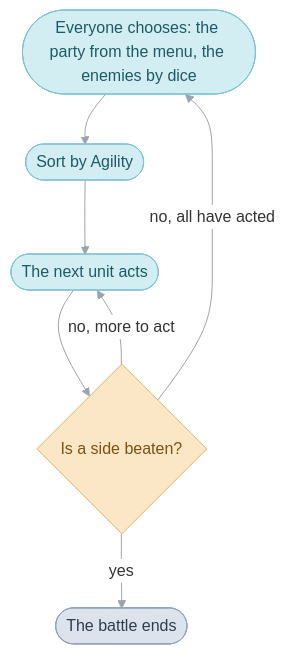
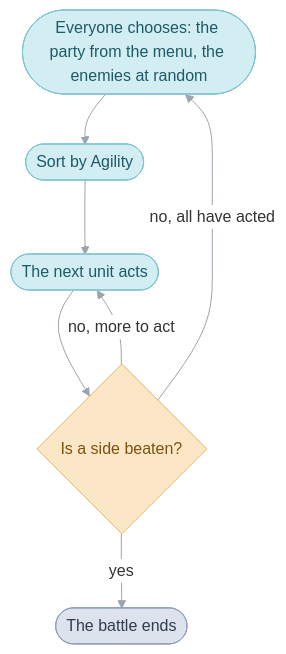
The diagram in games/tbs/battle.md (PascalPixel/alchemy), drawn with Mermaid before and after one commit. The commit also changed other lines of this file and 10 other files, not shown here.

````diff
--- a/games/tbs/battle.md
+++ b/games/tbs/battle.md
@@ -39,16 +39,16 @@
 ```mermaid
 %%{init: {"theme": "base", "themeVariables": {"lineColor": "#9AA3AE", "edgeLabelBackground": "#FFFFFF"}, "flowchart": {"curve": "basis", "padding": 12}}}%%
 flowchart TD
-  choose(["Everyone chooses: the party from the menu, the enemies by dice"]) --> sort(["Sort by Agility"])
+  choose(["Everyone chooses: the party from the menu, the enemies at random"]) --> sort(["Sort by Agility"])
   sort --> act(["The next unit acts"])
   act --> check{"Is a side beaten?"}
   check -- "no, more to act" --> act
   check -- "no, all have acted" --> choose
   check -- "yes" --> spoils(["The battle ends"])
   classDef mainRoutine fill:#DDE3EC,stroke:#8FA0B8,color:#2E3C50
   classDef sequence fill:#D2EEF3,stroke:#7FC3D0,color:#1E5966
   classDef request fill:#FBE7C6,stroke:#E0B46A,color:#7A5212
   class choose,sort,act sequence
   class check request
   class spoils mainRoutine
 ```
````
